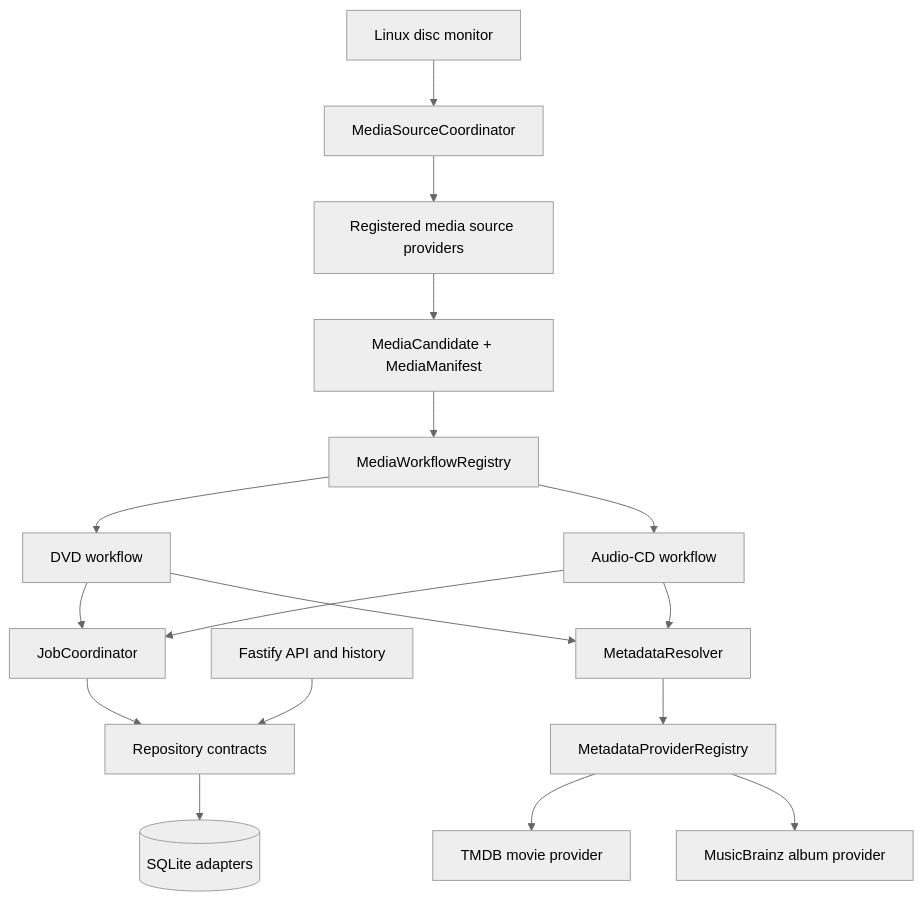
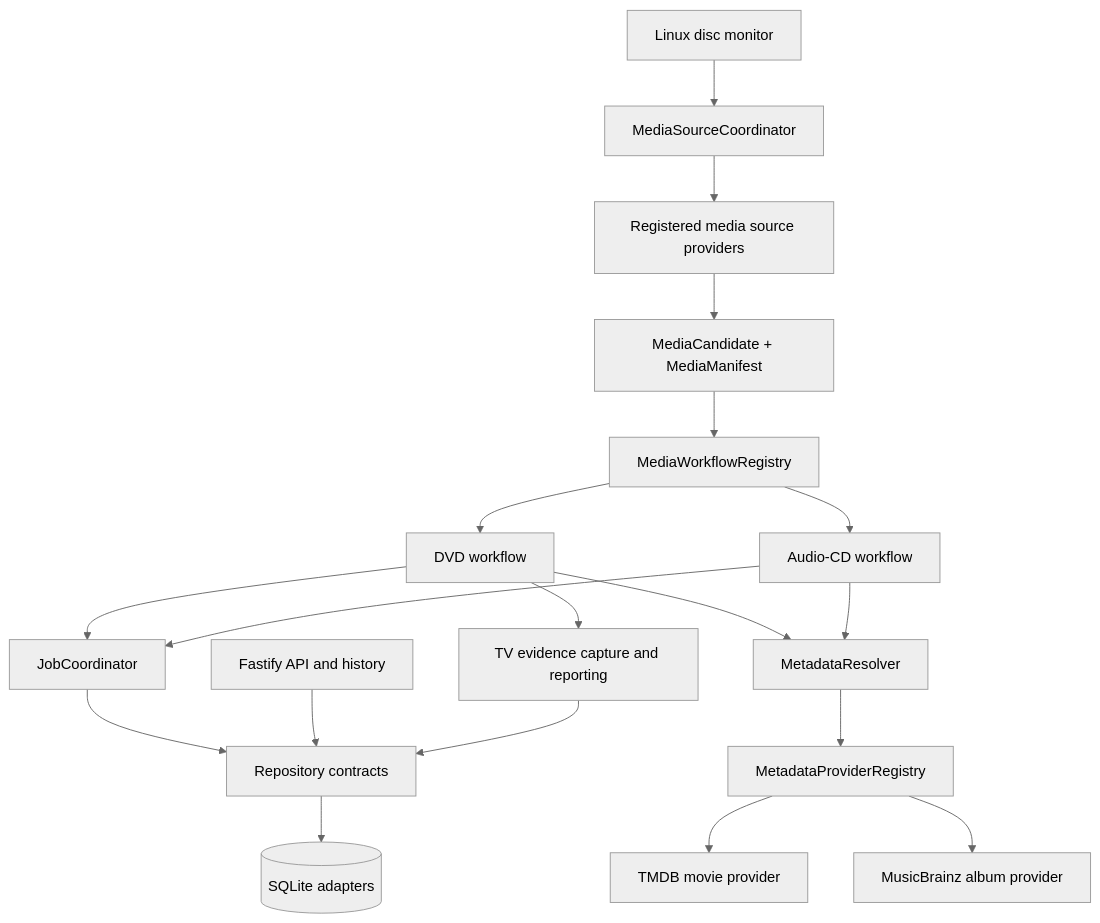
The diagram in docs/V2-MIGRATION-REPORT-2026-10-19.md (nick709r/DVDTOJELLYFIN), drawn with Mermaid (neutral theme) before and after one commit. The commit also changed other lines of this file and 21 other files, not shown here.

First line of the commit message:
feat: add TV validation evidence tooling

````diff
--- a/docs/V2-MIGRATION-REPORT-2026-10-19.md
+++ b/docs/V2-MIGRATION-REPORT-2026-10-19.md
@@ -12,35 +12,38 @@
 ```mermaid
 flowchart TB
   Monitor[Linux disc monitor]
   Sources[MediaSourceCoordinator]
   SourceProviders[Registered media source providers]
   Manifest[MediaCandidate + MediaManifest]
   Workflows[MediaWorkflowRegistry]
   DVD[DVD workflow]
   CD[Audio-CD workflow]
   Jobs[JobCoordinator]
   Metadata[MetadataResolver]
   MetadataRegistry[MetadataProviderRegistry]
+  TvValidation[TV evidence capture and reporting]
   TMDB[TMDB movie provider]
   MB[MusicBrainz album provider]
   Repositories[Repository contracts]
   SQLite[(SQLite adapters)]
   API[Fastify API and history]
 
   Monitor --> Sources
   Sources --> SourceProviders
   SourceProviders --> Manifest
   Manifest --> Workflows
   Workflows --> DVD
   Workflows --> CD
   DVD --> Jobs
   CD --> Jobs
   DVD --> Metadata
+  DVD --> TvValidation
   CD --> Metadata
   Metadata --> MetadataRegistry
   MetadataRegistry --> TMDB
   MetadataRegistry --> MB
   Jobs --> Repositories
   API --> Repositories
   Repositories --> SQLite
+  TvValidation --> Repositories
 ```
````
